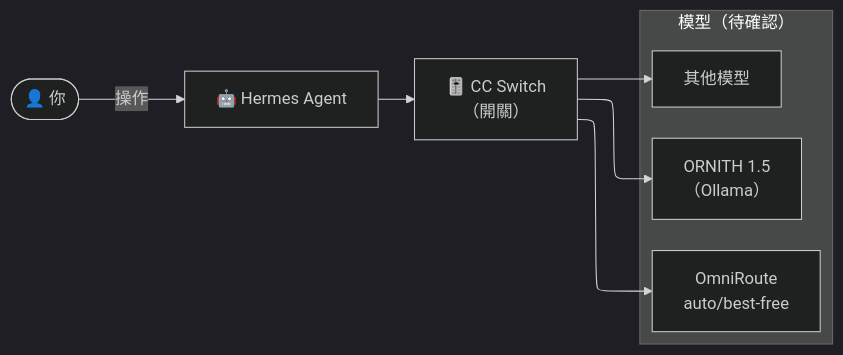
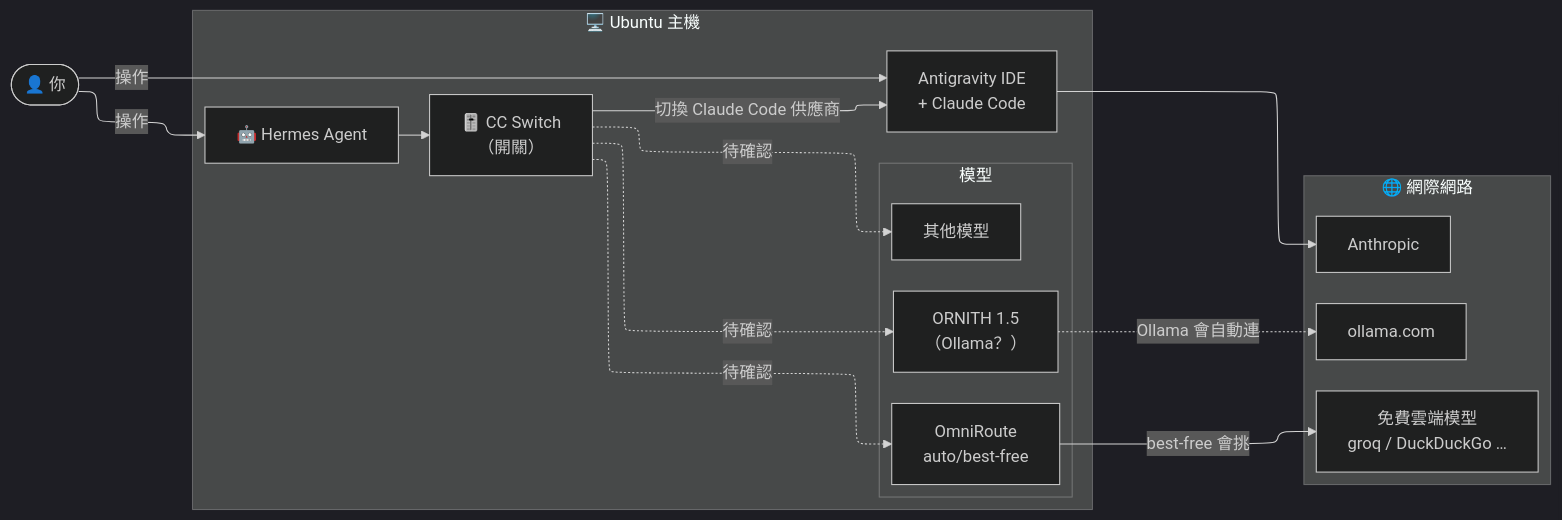
One commit to puBILYYEN/test changed the diagram in hermes-sandbox/architecture-before.mmd. Above: the diagram before and after it, drawn with Mermaid (dark theme). The commit also changed 1 other file, not shown here.

Commit message:
Restore known components in pre-sandbox diagram
Claude-Session: https://claude.ai/code/session_01WirDqXFnyExysTDHXtB3QR

```diff
--- a/hermes-sandbox/architecture-before.mmd
+++ b/hermes-sandbox/architecture-before.mmd
@@ -1,24 +1,41 @@
 ---
 config:
   layout: elk
 ---
 %% 加入沙盒之前的 AI 系統架構（Ubuntu）
-%% 你 → Hermes → CC Switch → 各個模型
-%% 右邊「模型」裡面的清單是我推測的，待你確認
+%% 實線 = 已確認｜虛線 = 待你確認
 flowchart LR
     user(["👤 你"])
-    hermes["🤖 Hermes Agent"]
-    ccs["🎚️ CC Switch<br/>（開關）"]
 
-    subgraph models["模型（待確認）"]
+    subgraph host["🖥️ Ubuntu 主機"]
+        direction LR
+        hermes["🤖 Hermes Agent"]
+        ccs["🎚️ CC Switch<br/>（開關）"]
+        ide["Antigravity IDE<br/>+ Claude Code"]
+
+        subgraph models["模型"]
+            direction TB
+            ornith["ORNITH 1.5<br/>（Ollama？）"]
+            omni["OmniRoute<br/>auto/best-free"]
+            other["其他模型"]
+        end
+    end
+
+    subgraph internet["🌐 網際網路"]
         direction TB
-        ornith["ORNITH 1.5<br/>（Ollama）"]
-        omni["OmniRoute<br/>auto/best-free"]
-        other["其他模型"]
+        ollamacom["ollama.com"]
+        cloud["免費雲端模型<br/>groq / DuckDuckGo …"]
+        anthropic["Anthropic"]
     end
 
     user -->|"操作"| hermes
+    user -->|"操作"| ide
     hermes --> ccs
-    ccs --> ornith
-    ccs --> omni
-    ccs --> other
+    ccs -.->|"待確認"| ornith
+    ccs -.->|"待確認"| omni
+    ccs -.->|"待確認"| other
+    ccs -->|"切換 Claude Code 供應商"| ide
+
+    ornith -.->|"Ollama 會自動連"| ollamacom
+    omni -->|"best-free 會挑"| cloud
+    ide --> anthropic
```
